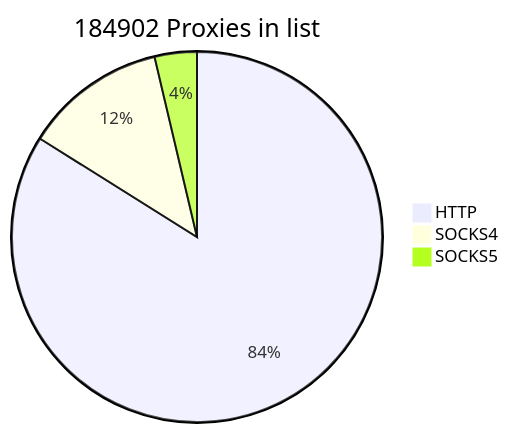
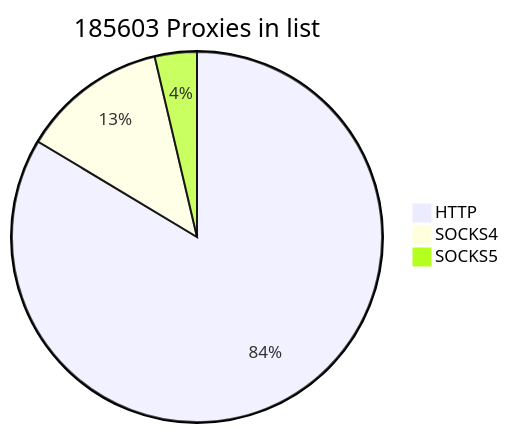
The first of 2 diagrams in README.md (cutipu/proxylist), drawn with Mermaid before and after one commit. The commit also changed other lines of this file, not shown here.

````diff
--- a/README.md
+++ b/README.md
@@ -2,7 +2,7 @@
 ```mermaid
-pie title 184902 Proxies in list
-    "HTTP" : 155148
-    "SOCKS4" : 22943
+pie title 185603 Proxies in list
+    "HTTP" : 155175
+    "SOCKS4" : 23617
     "SOCKS5" : 6811
             
 ```
````
